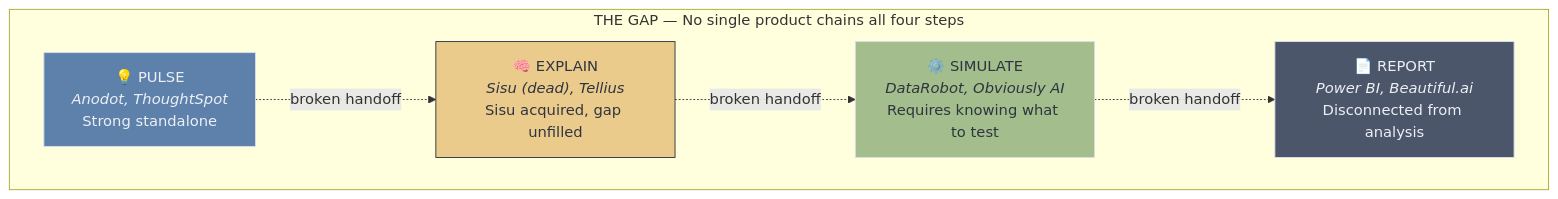
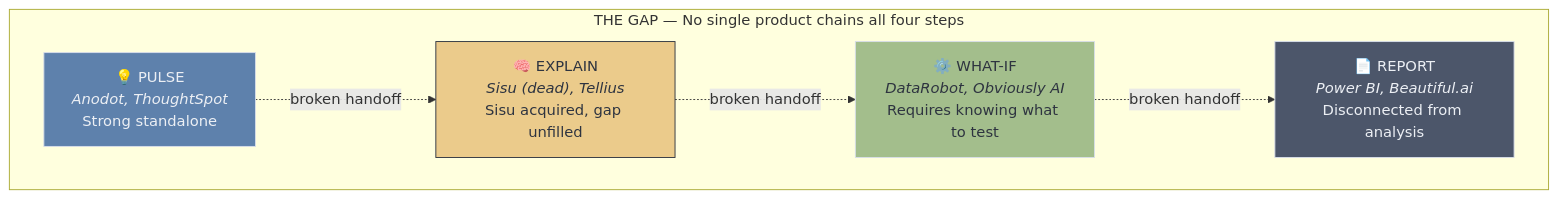
Before and after one commit to nuelo-ai/nuelo-spectra: diagram 12 of 12 in requirements/brainstorm-idea-1.md, drawn with Mermaid. The commit also changed other lines of this file and 22 other files, not shown here.

````diff
--- a/requirements/brainstorm-idea-1.md
+++ b/requirements/brainstorm-idea-1.md
@@ -944,19 +997,19 @@
 ```mermaid
 graph LR
     subgraph gap["THE GAP — No single product chains all four steps"]
         direction LR
         Det["💡 PULSE<br/><i>Anodot, ThoughtSpot</i><br/>Strong standalone"]
         Exp["🧠 EXPLAIN<br/><i>Sisu (dead), Tellius</i><br/>Sisu acquired, gap unfilled"]
-        Sim["⚙️ SIMULATE<br/><i>DataRobot, Obviously AI</i><br/>Requires knowing what to test"]
+        Sim["⚙️ WHAT-IF<br/><i>DataRobot, Obviously AI</i><br/>Requires knowing what to test"]
         Rep["📄 REPORT<br/><i>Power BI, Beautiful.ai</i><br/>Disconnected from analysis"]
     end
 
     Det -.->|"broken handoff"| Exp
     Exp -.->|"broken handoff"| Sim
     Sim -.->|"broken handoff"| Rep
 
     style Det fill:#5E81AC,stroke:#D8DEE9,color:#ECEFF4
     style Exp fill:#EBCB8B,stroke:#2E3440,color:#2E3440
     style Sim fill:#A3BE8C,stroke:#D8DEE9,color:#2E3440
     style Rep fill:#4C566A,stroke:#D8DEE9,color:#ECEFF4
 ```
````
